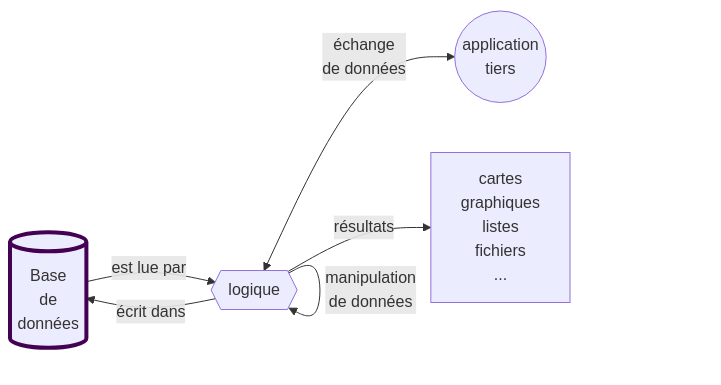
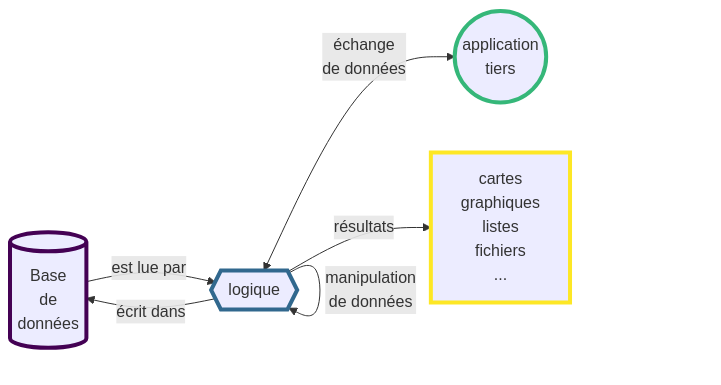
Before and after one commit to zoometh/thomashuet: the second of 2 diagrams in profiles/arcam-traject/README.md, drawn with Mermaid.

````diff
--- a/profiles/arcam-traject/README.md
+++ b/profiles/arcam-traject/README.md
@@ -120,9 +120,12 @@
 ```mermaid
 flowchart LR
     A[(Base<br>de<br>données)]:::semantic -- est lue par --> B{{logique}}:::logic;
     B -- "écrit dans" --> A;
     B -- manipulation<br>de données --> B;
     B <-- "échange<br>de données" --> C((application<br>tiers)):::third;
     B -- résultats --> D[cartes<br>graphiques<br>listes<br>fichiers<br>...]:::output;;
     style A stroke:#440154,stroke-width:4px
+    style B stroke:#31688E,stroke-width:4px
+    style C stroke:#35B779,stroke-width:4px
+    style D stroke:#FDE725,stroke-width:4px
 ```
````
